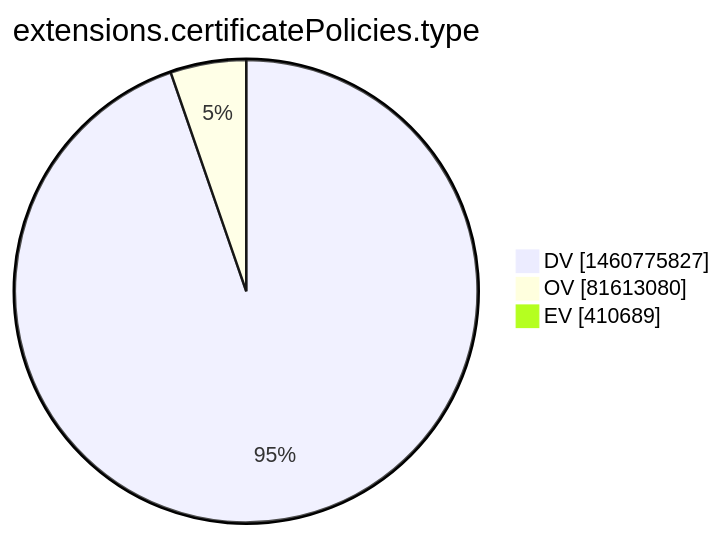
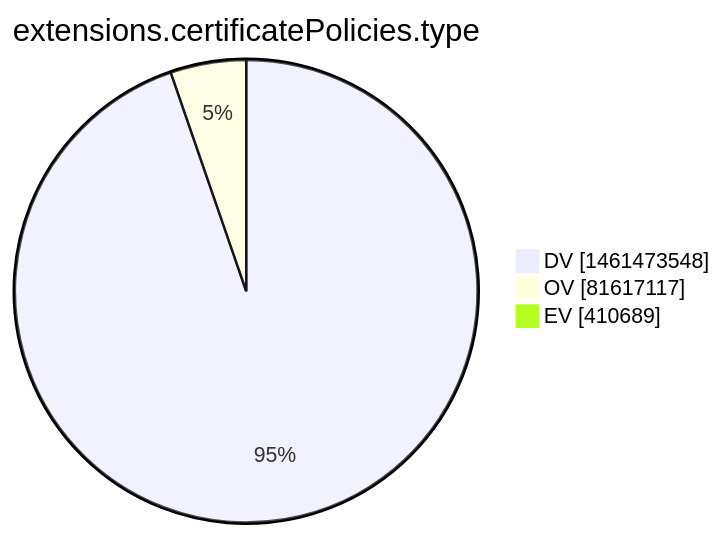
One commit to christiankrug/ctmonitor_visualization changed the tenth of 15 diagrams in xenon2022/README.md. Above: the diagram before and after it, drawn with Mermaid. The commit also changed other lines of this file, not shown here.

````diff
--- a/xenon2022/README.md
+++ b/xenon2022/README.md
@@ -2870,7 +2870,7 @@
 ```mermaid
 pie showData
 title extensions.certificatePolicies.type
-"DV" :1460775827
-"OV" :81613080
+"DV" :1461473548
+"OV" :81617117
 "EV" :410689
 ```
````
